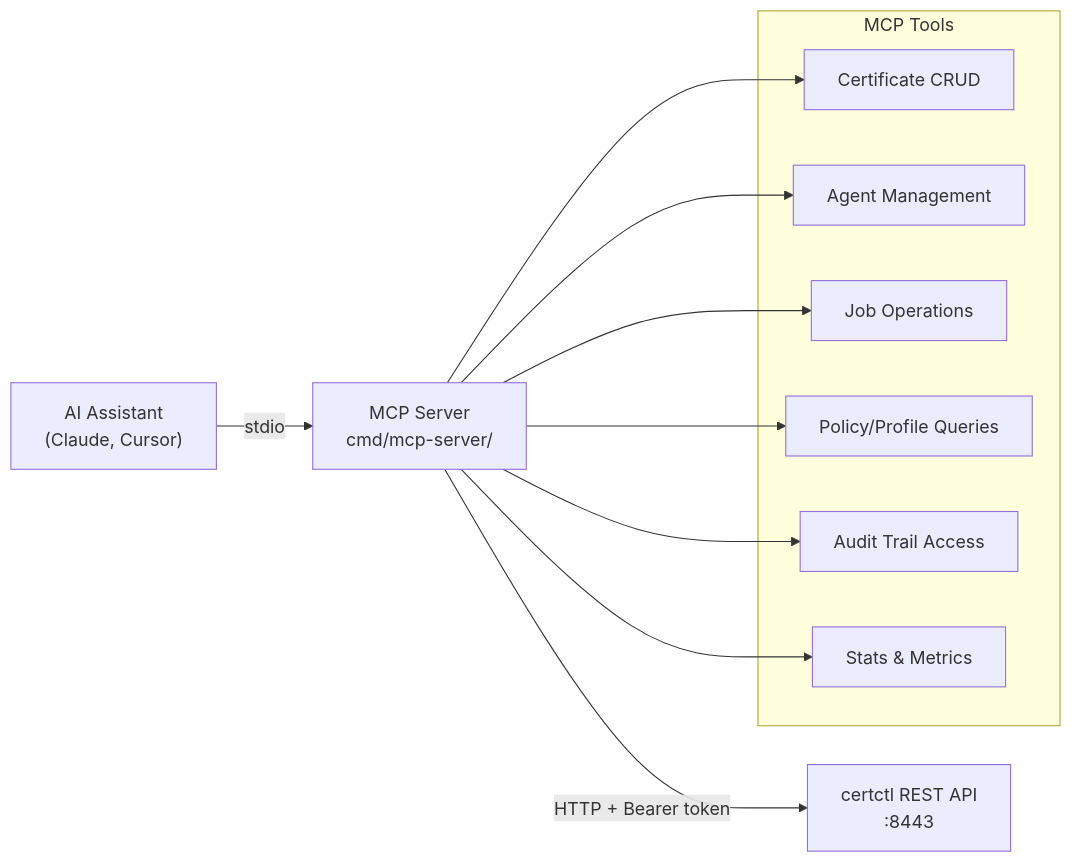
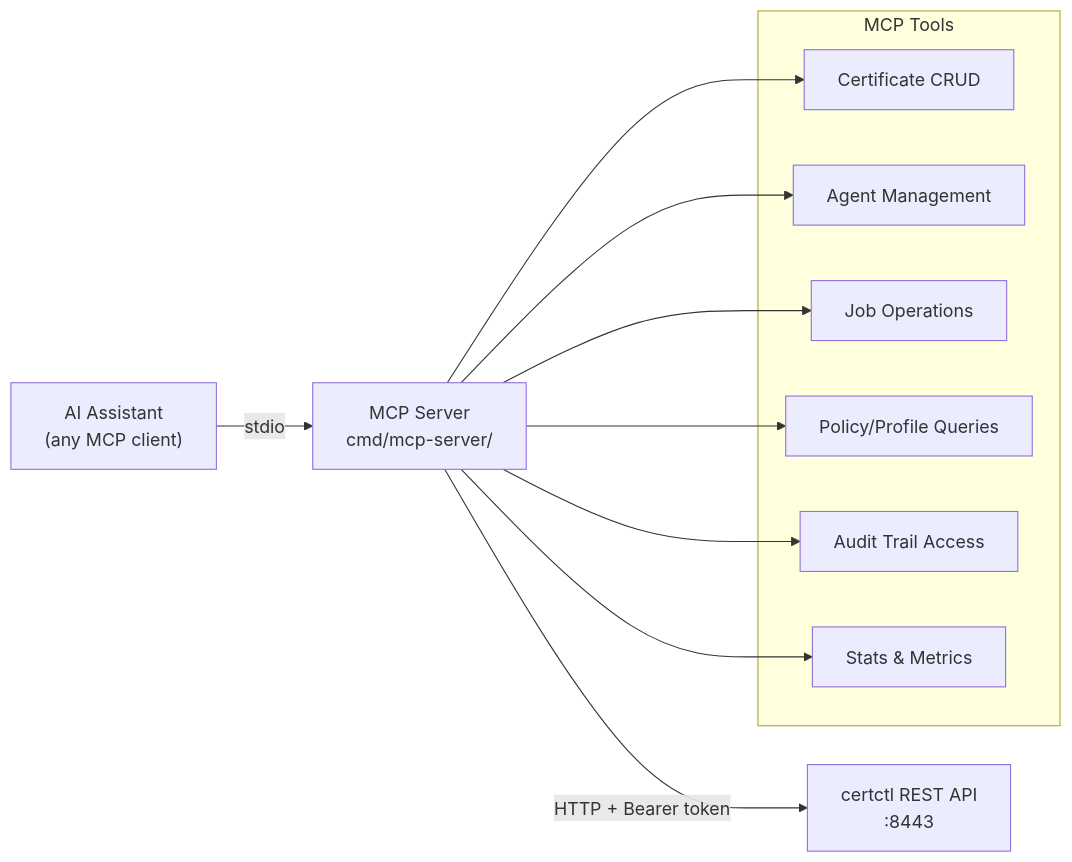
Before and after one commit to certctl-io/certctl: diagram 16 of 19 in docs/reference/architecture.md, drawn with Mermaid. The commit also changed other lines of this file and 70 other files, not shown here.

````diff
--- a/docs/reference/architecture.md
+++ b/docs/reference/architecture.md
@@ -1101,16 +1101,16 @@
 ```mermaid
 flowchart LR
-    AI["AI Assistant\n(Claude, Cursor)"] -->|"stdio"| MCP["MCP Server\ncmd/mcp-server/"]
+    AI["AI Assistant\n(any MCP client)"] -->|"stdio"| MCP["MCP Server\ncmd/mcp-server/"]
     MCP -->|"HTTP + Bearer token"| API["certctl REST API\n:8443"]
 
     subgraph "MCP Tools"
         T1["Certificate CRUD"]
         T2["Agent Management"]
         T3["Job Operations"]
         T4["Policy/Profile Queries"]
         T5["Audit Trail Access"]
         T6["Stats & Metrics"]
     end
 
     MCP --> T1 & T2 & T3 & T4 & T5 & T6
 ```
````
